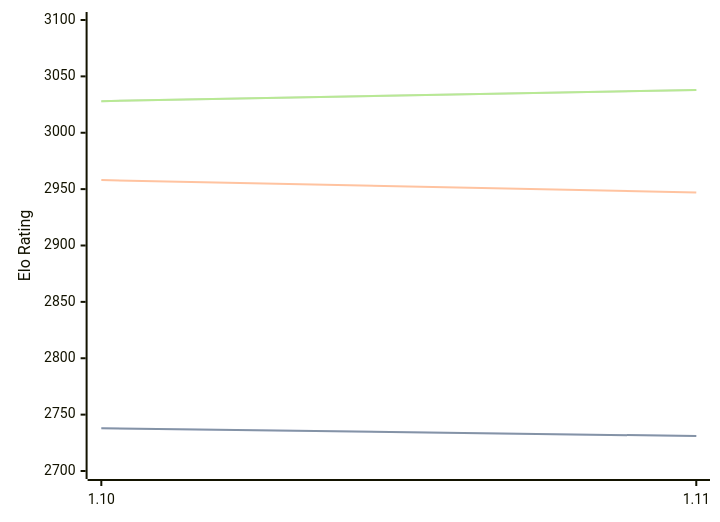
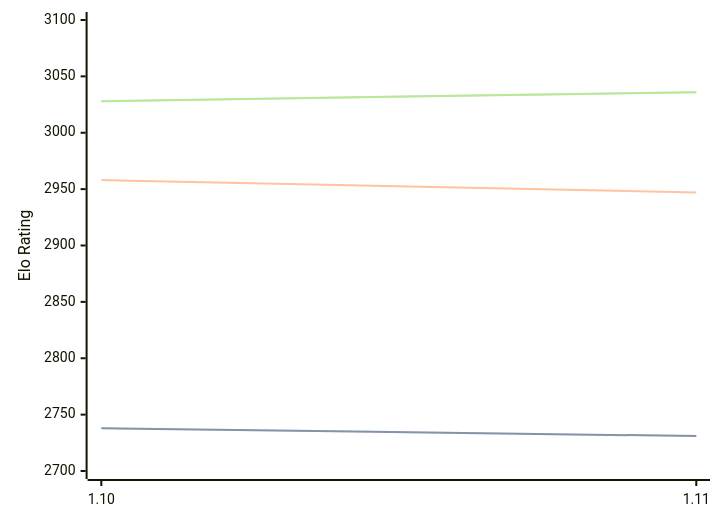
The diagram in engines/Roc.md (computer-chess-index/cci), drawn with Mermaid before and after one commit. The commit also changed other lines of this file, not shown here.

Commit message:
Update CCI Ratings (ELO VLTC) - 2026-09-01

````diff
--- a/engines/Roc.md
+++ b/engines/Roc.md
@@ -42,11 +42,11 @@
 ```mermaid
 %%{init: {"theme":"base","themeVariables":{"seriesColors:['#a3a3a3','#222221','#faa371']}}}%%
 xychart-beta
   x-axis ["1.10", "1.11"]
   y-axis "Elo Rating" 2700 --> 3100
   line "" [2738, 2731]
   line "STC (8.0+0.08s)" [2738, 2731]
   line "LTC (60.0+0.60s)" [2958, 2947]
-  line "" [3028, 3038]
-  line "VLTC (2m24s+1.12s)" [3028, 3038]
+  line "" [3028, 3036]
+  line "VLTC (2m24s+1.12s)" [3028, 3036]
 ```
````
